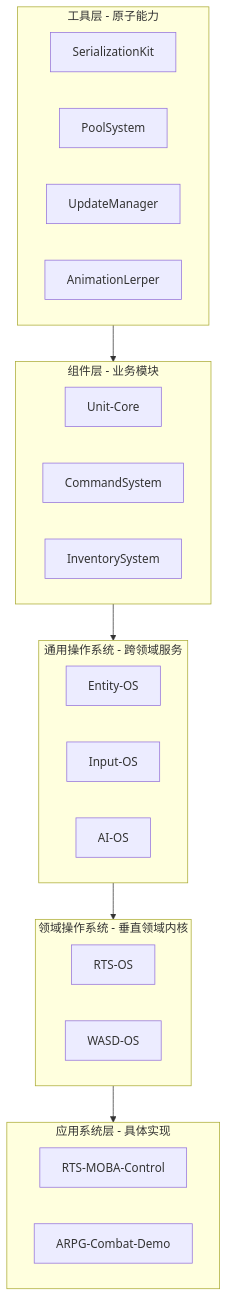
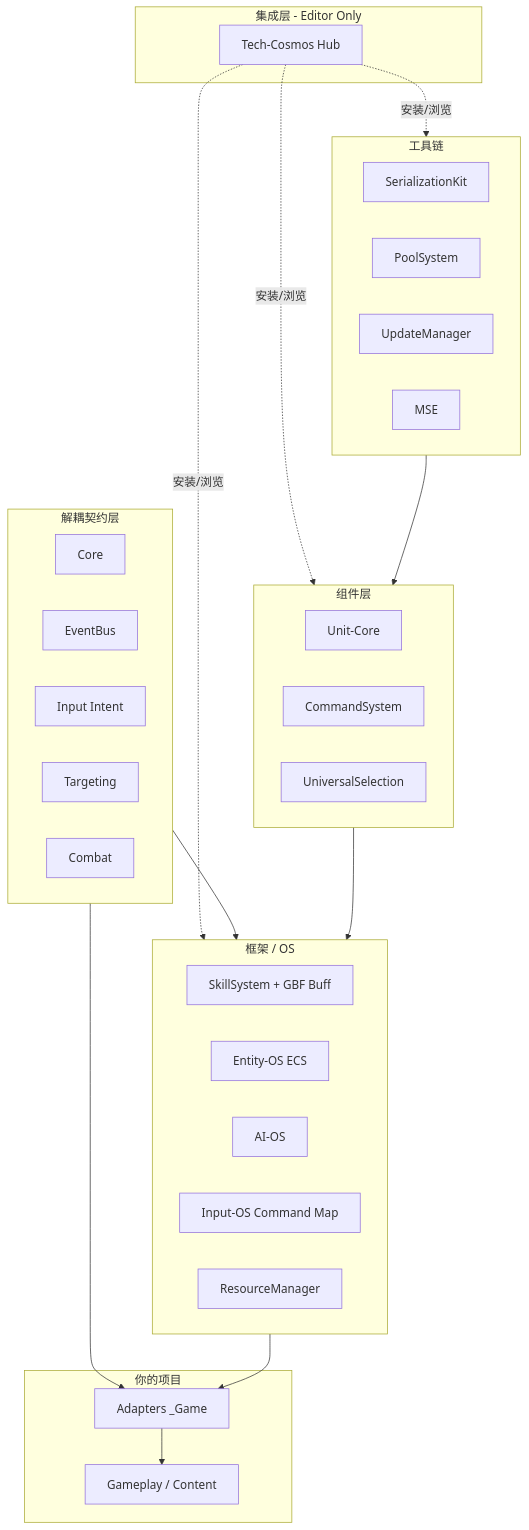
Before and after one commit to PeterParkers007/Tech-Cosmos: the diagram in ARCHITECTURE.md, drawn with Mermaid. The commit also changed other lines of this file and 63 other files, not shown here.

First line of the commit message:
feat: 并入 Tech-Cosmos Hub 并全面更新生态文档

````diff
--- a/ARCHITECTURE.md
+++ b/ARCHITECTURE.md
@@ -7,36 +7,50 @@
 ```mermaid
 graph TB
-    A[工具层] --> B[组件层]
-    B --> C[通用操作系统]
-    C --> D[领域操作系统]
-    D --> E[应用系统层]
-    
-    subgraph A [工具层 - 原子能力]
-        A1[SerializationKit]
-        A2[PoolSystem]
-        A3[UpdateManager]
-        A4[AnimationLerper]
+    subgraph HubLayer [集成层 - Editor Only]
+        H[Tech-Cosmos Hub]
     end
-    
-    subgraph B [组件层 - 业务模块]
+
+    subgraph Contract [解耦契约层]
+        C1[Core]
+        C2[EventBus]
+        C3[Input Intent]
+        C4[Targeting]
+        C5[Combat]
+    end
+
+    subgraph Tools [工具链]
+        T1[SerializationKit]
+        T2[PoolSystem]
+        T3[UpdateManager]
+        T4[MSE]
+    end
+
+    subgraph Components [组件层]
         B1[Unit-Core]
         B2[CommandSystem]
-        B3[InventorySystem]
+        B3[UniversalSelection]
     end
-    
-    subgraph C [通用操作系统 - 跨领域服务]
-        C1[Entity-OS]
-        C2[Input-OS]
-        C3[AI-OS]
+
+    subgraph Framework [框架 / OS]
+        F1[SkillSystem + GBF Buff]
+        F2[Entity-OS ECS]
+        F3[AI-OS]
+        F4[Input-OS Command Map]
+        F5[ResourceManager]
     end
-    
-    subgraph D [领域操作系统 - 垂直领域内核]
-        D1[RTS-OS]
-        D2[WASD-OS]
+
+    subgraph Game [你的项目]
+        A[Adapters _Game]
+        G[Gameplay / Content]
     end
-    
-    subgraph E [应用系统层 - 具体实现]
-        E1[RTS-MOBA-Control]
-        E2[ARPG-Combat-Demo]
-    end
+
+    H -.->|安装/浏览| Tools
+    H -.->|安装/浏览| Components
+    H -.->|安装/浏览| Framework
+    Contract --> Framework
+    Tools --> Components
+    Components --> Framework
+    Contract --> A
+    Framework --> A
+    A --> G
 ```
````
